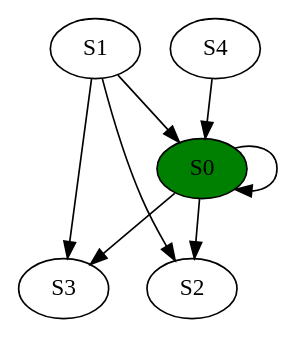
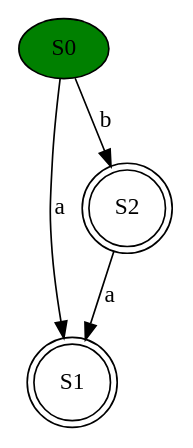
Before and after one commit to Issamoh/Automata-operations: the diagram in dotsource.dot, drawn with Graphviz. The commit also changed 8 other files, not shown here.

```diff
--- a/dotsource.dot
+++ b/dotsource.dot
@@ -1,10 +1,8 @@
 digraph G {
+S1 [shape=doublecircle];
+S2 [shape=doublecircle];
 S0 [style=filled, fillcolor=green];
-S4 -> S0;
-S0 -> S0;
-S0 -> S2;
-S0 -> S3;
-S1 -> S0;
-S1 -> S2;
-S1 -> S3;
+S0 -> S1 [label=a];
+S0 -> S2 [label=b];
+S2 -> S1 [label=a];
 }
```
